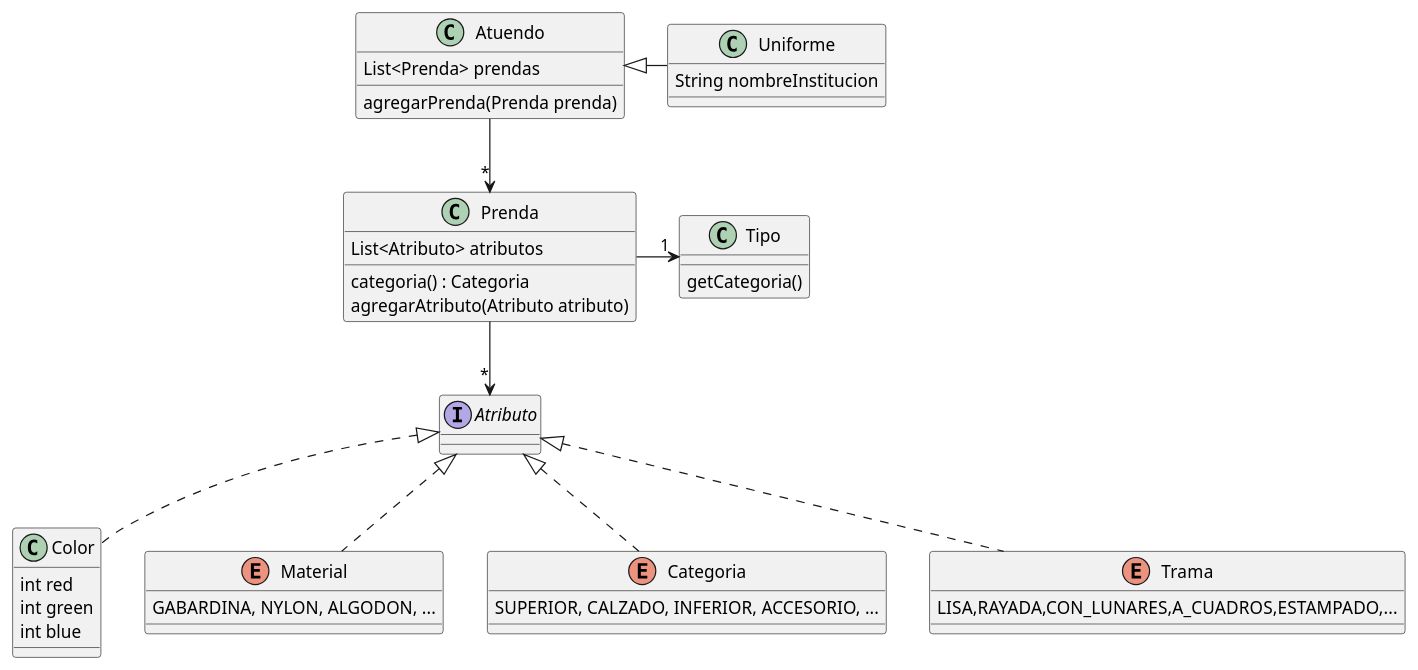
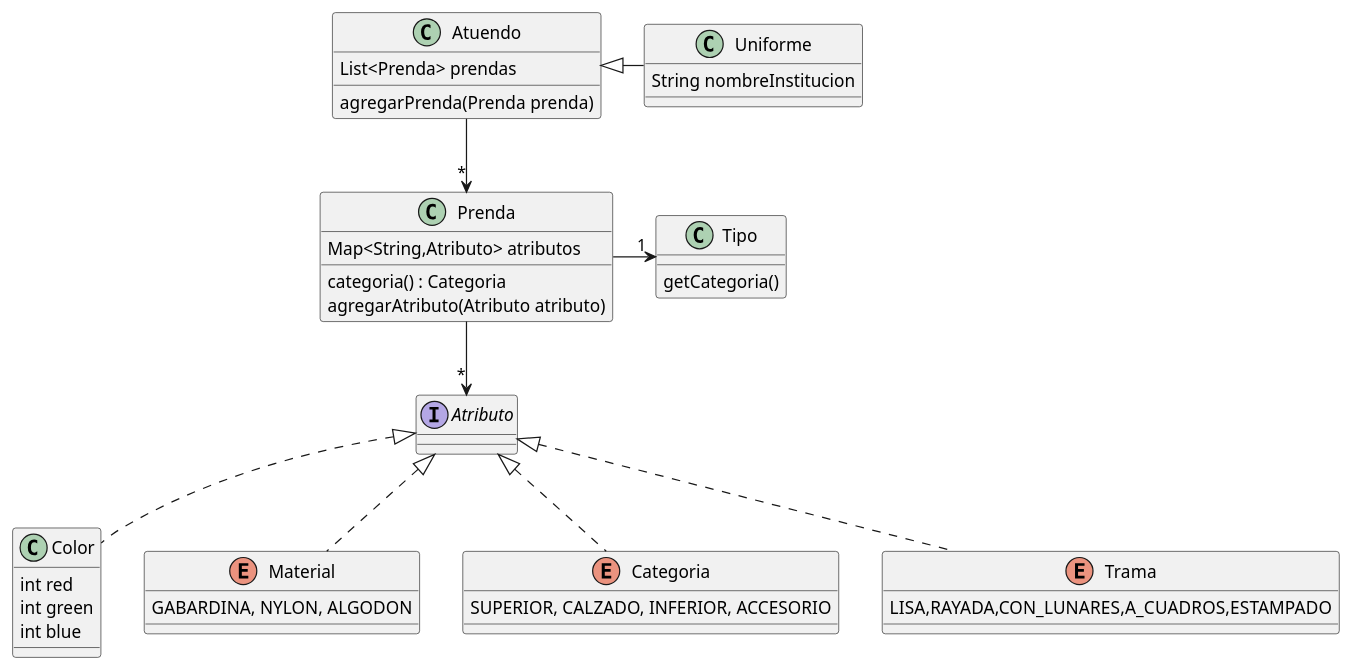
The diagram in Diagrama de Clases.puml (mecsafonso/QueMePongo2), drawn with PlantUML before and after one commit. The commit also changed 6 other files, not shown here.

```diff
--- a/Diagrama de Clases.puml
+++ b/Diagrama de Clases.puml
@@ -1,53 +1,53 @@
 @startuml
 'https://plantuml.com/class-diagram
 
 class Prenda{
-List<Atributo> atributos
+Map<String,Atributo> atributos
 categoria() : Categoria
 agregarAtributo(Atributo atributo)
 }
 class Tipo{
 getCategoria()
 }
 class Color{
 int red
 int green
 int blue
 }
 
 enum Material{
-GABARDINA, NYLON, ALGODON, ...
+GABARDINA, NYLON, ALGODON
 }
 enum Categoria{
-SUPERIOR, CALZADO, INFERIOR, ACCESORIO, ...
+SUPERIOR, CALZADO, INFERIOR, ACCESORIO
 }
 enum Trama{
-LISA,RAYADA,CON_LUNARES,A_CUADROS,ESTAMPADO,...
+LISA,RAYADA,CON_LUNARES,A_CUADROS,ESTAMPADO
 }
 
 interface Atributo{
 }
 
 Prenda --right> "1" Tipo
 Prenda --> "*" Atributo
 
 Material ..up|> Atributo
 Categoria ..up|> Atributo
 Trama ..up|> Atributo
 Color ..up|> Atributo
 
 class Atuendo{
 List<Prenda> prendas
  agregarPrenda(Prenda prenda)
 }
 
 Atuendo --> "*" Prenda
 
 class Uniforme{
 String nombreInstitucion
 
 }
 
 Uniforme --left|> Atuendo
 
 @enduml
```
